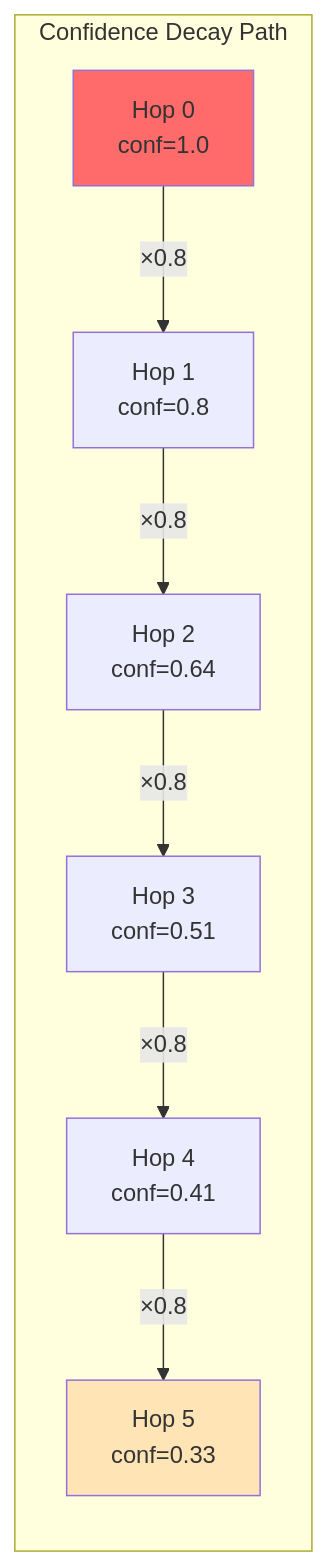
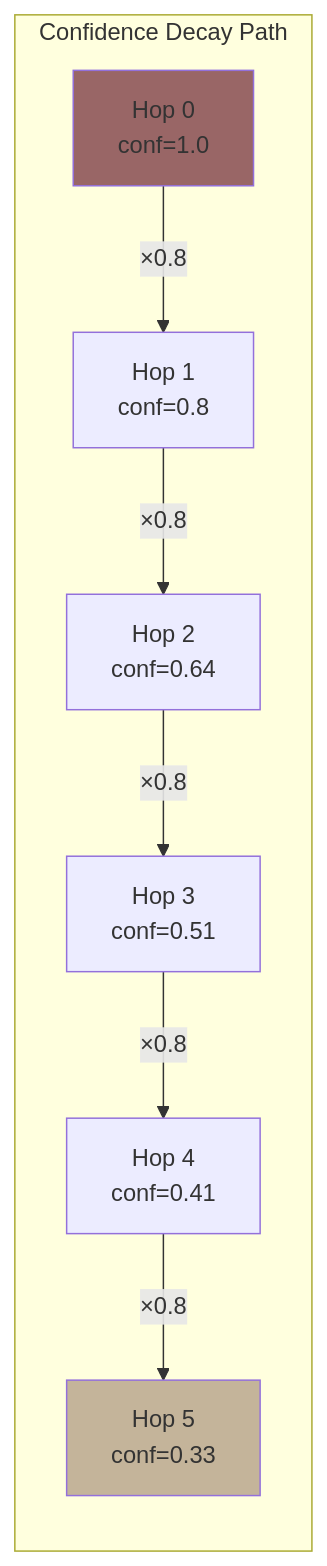
The second of 5 diagrams in docs/protocol/defense-signaling.md (ScopeCreep-zip/Symbiont), drawn with Mermaid before and after one commit. The commit also changed other lines of this file and 17 other files, not shown here.

Commit message:
update to diagram colors

````diff
--- a/docs/protocol/defense-signaling.md
+++ b/docs/protocol/defense-signaling.md
@@ -239,20 +239,20 @@
 ```mermaid
 graph LR
     subgraph "Confidence Decay Path"
         H0["Hop 0<br/>conf=1.0"]
         H1["Hop 1<br/>conf=0.8"]
         H2["Hop 2<br/>conf=0.64"]
         H3["Hop 3<br/>conf=0.51"]
         H4["Hop 4<br/>conf=0.41"]
         H5["Hop 5<br/>conf=0.33"]
     end
 
     H0 -->|×0.8| H1
     H1 -->|×0.8| H2
     H2 -->|×0.8| H3
     H3 -->|×0.8| H4
     H4 -->|×0.8| H5
 
-    style H0 fill:#FF6B6B
-    style H5 fill:#FFE4B5
+    style H0 fill:#996666
+    style H5 fill:#c4b49a
 ```
````
